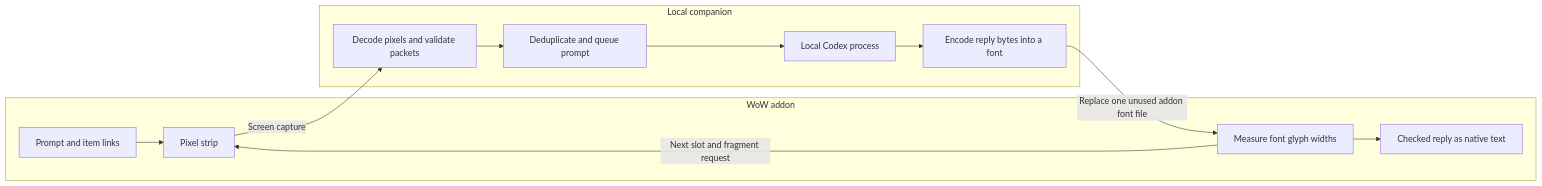
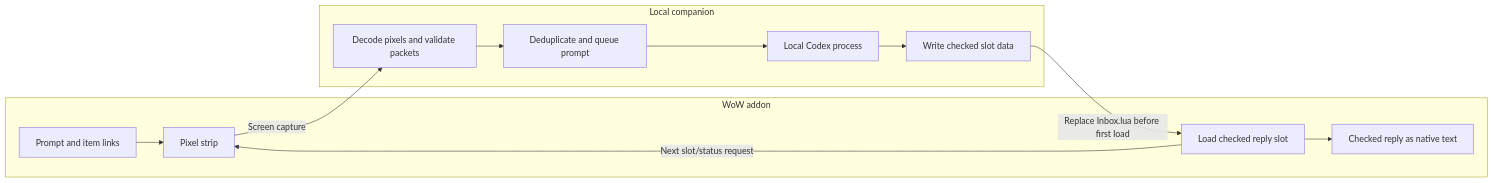
The diagram in README.md (unrealretamal/azeroth-codex), drawn with Mermaid before and after one commit. The commit also changed other lines of this file and 24 other files, not shown here.

First line of the commit message:
feat(transport): add addon-slot replies

````diff
--- a/README.md
+++ b/README.md
@@ -56,21 +58,21 @@
 ```mermaid
 flowchart LR
     subgraph Game[WoW addon]
         Draft[Prompt and item links]
         Strip[Pixel strip]
-        Measure[Measure font glyph widths]
+        Load[Load checked reply slot]
         Text[Checked reply as native text]
         Draft --> Strip
-        Measure --> Text
+        Load --> Text
     end
     subgraph Desktop[Local companion]
         Decode[Decode pixels and validate packets]
         Inbox[Deduplicate and queue prompt]
         Agent[Local Codex process]
-        Writer[Encode reply bytes into a font]
+        Writer[Write checked slot data]
         Decode --> Inbox --> Agent --> Writer
     end
     Strip -->|Screen capture| Decode
-    Writer -->|Replace one unused addon font file| Measure
-    Measure -->|Next slot and fragment request| Strip
+    Writer -->|Replace Inbox.lua before first load| Load
+    Load -->|Next slot/status request| Strip
 ```
````
